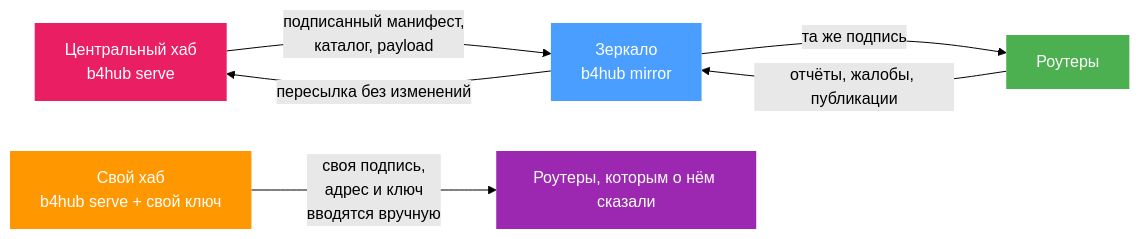
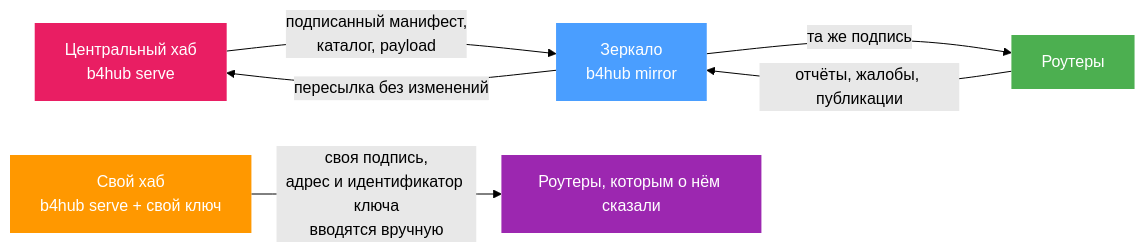
Before and after one commit to DanielLavrushin/b4: the diagram in docs/i18n/ru/docusaurus-plugin-content-docs/current/community/hosting.md, drawn with Mermaid (forest theme). The commit also changed other lines of this file and 5 other files, not shown here.

````diff
--- a/docs/i18n/ru/docusaurus-plugin-content-docs/current/community/hosting.md
+++ b/docs/i18n/ru/docusaurus-plugin-content-docs/current/community/hosting.md
@@ -24,14 +24,14 @@
 ```mermaid
 flowchart LR
     C["Центральный хаб<br/>b4hub serve"] -->|"подписанный манифест,<br/>каталог, payload"| M["Зеркало<br/>b4hub mirror"]
     M -->|"та же подпись"| R["Роутеры"]
     R -->|"отчёты, жалобы, публикации"| M
     M -->|"пересылка без изменений"| C
-    O["Свой хаб<br/>b4hub serve + свой ключ"] -->|"своя подпись,<br/>адрес и ключ<br/>вводятся вручную"| R2["Роутеры, которым о нём сказали"]
+    O["Свой хаб<br/>b4hub serve + свой ключ"] -->|"своя подпись,<br/>адрес и идентификатор ключа<br/>вводятся вручную"| R2["Роутеры, которым о нём сказали"]
 
     style C fill:#e91e63,color:#fff,stroke:none
     style M fill:#4a9eff,color:#fff,stroke:none
     style R fill:#4caf50,color:#fff,stroke:none
     style O fill:#ff9800,color:#fff,stroke:none
     style R2 fill:#9c27b0,color:#fff,stroke:none
 ```
````
